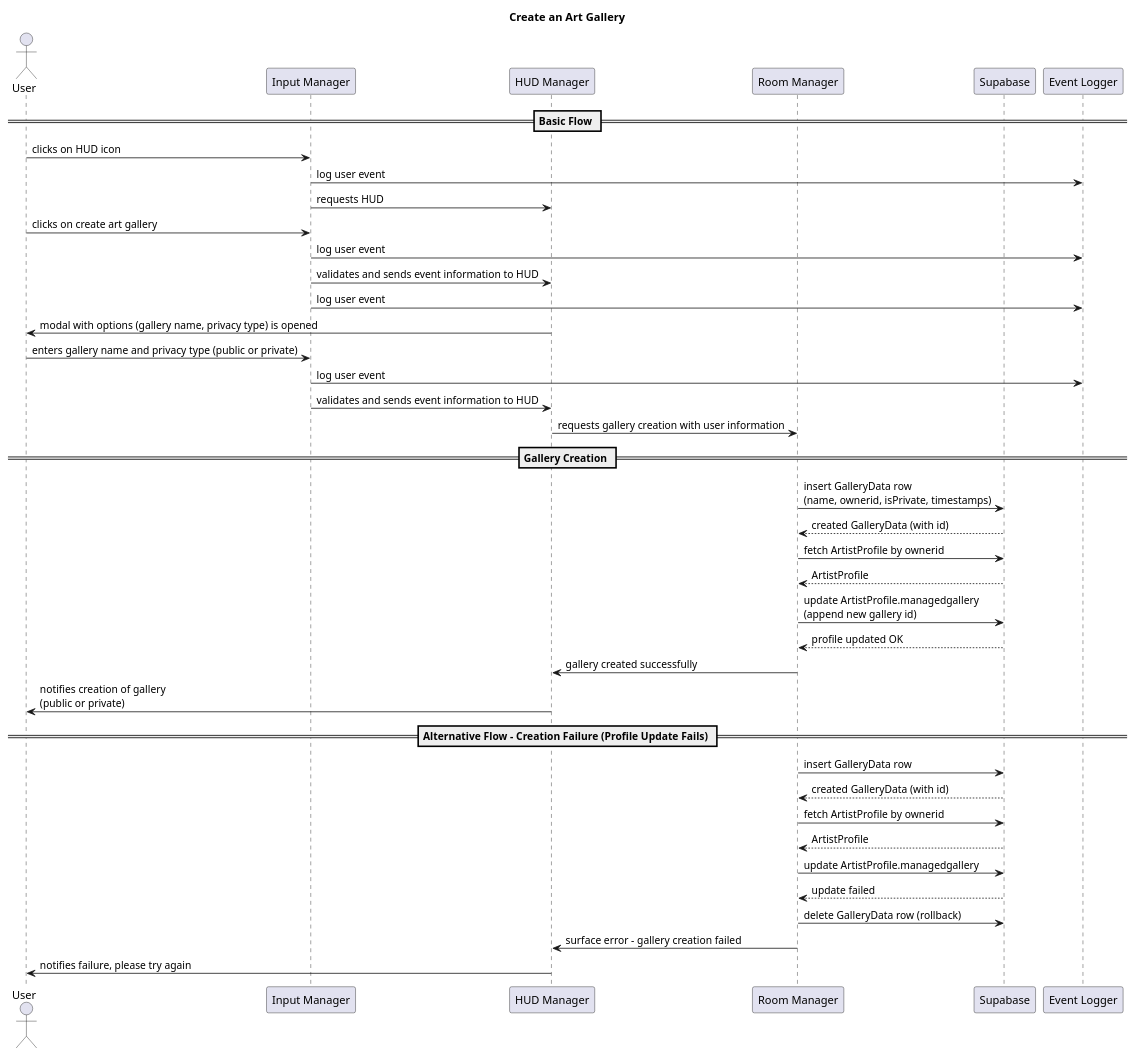
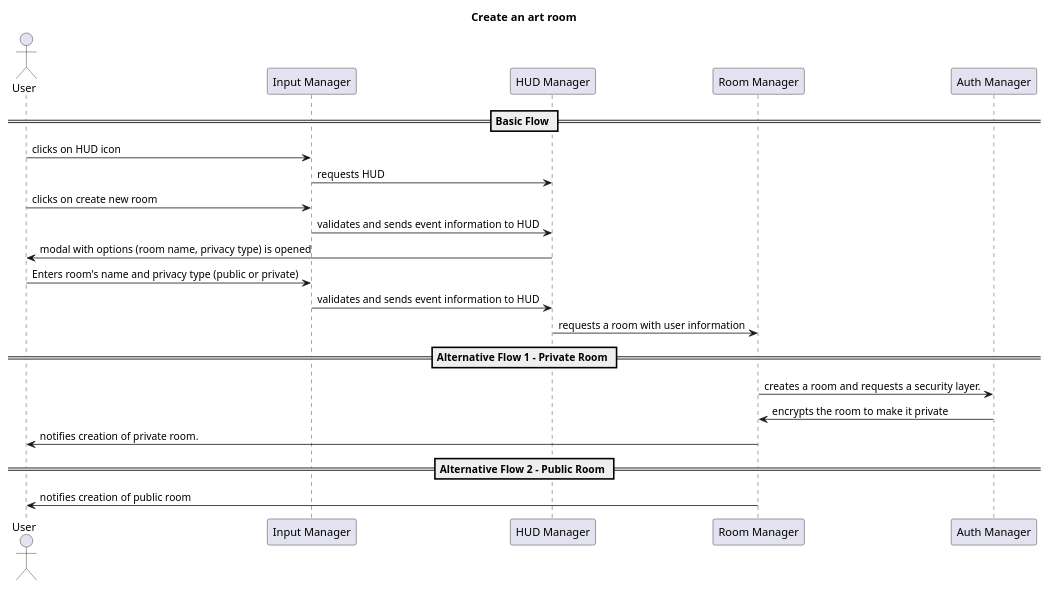
The diagram in uml/sequence diagrams/use_cases/Create_an_Art_Gallery/uml.puml (World-Domination-Plan/Project_X), drawn with PlantUML before and after one commit. The commit also changed other lines of this file, not shown here.

Commit message:
Update UML sequence diagram for art room creation

```diff
--- a/uml/sequence diagrams/use_cases/Create_an_Art_Gallery/uml.puml
+++ b/uml/sequence diagrams/use_cases/Create_an_Art_Gallery/uml.puml
@@ -1,49 +2,37 @@
 @startuml
 actor User
 participant "Input Manager" as Input
 participant "HUD Manager" as HUD
 participant "Room Manager" as Room
-participant "Supabase" as DB
-participant "Event Logger" as Logger
+participant "Auth Manager" as SM
+/'participant "Event Logger" as Logger'/
 
-title Create an Art Gallery
+title Create an art room
 
 == Basic Flow ==
 
 User -> Input: clicks on HUD icon
-Input -> Logger: log user event
+/'Input -> Logger: log user event'/
 Input -> HUD: requests HUD
-User -> Input: clicks on create art gallery
-Input -> Logger: log user event
+User -> Input: clicks on create new room
+/'Input -> Logger: log user event'/
+Input -> HUD: validates and sends event information to HUD 
+/'Input -> Logger: log user event'/
+HUD -> User: modal with options (room name, privacy type) is opened
+User -> Input: Enters room's name and privacy type (public or private)
+/'Input -> Logger: log user event'/
 Input -> HUD: validates and sends event information to HUD
-Input -> Logger: log user event
-HUD -> User: modal with options (gallery name, privacy type) is opened
-User -> Input: enters gallery name and privacy type (public or private)
-Input -> Logger: log user event
-Input -> HUD: validates and sends event information to HUD
-HUD -> Room: requests gallery creation with user information
+HUD -> Room: requests a room with user information
+ 
+== Alternative Flow 1 – Private Room ==
 
-== Gallery Creation ==
+Room -> SM: creates a room and requests a security layer.
+SM -> Room: encrypts the room to make it private
+Room -> User: notifies creation of private room.
 
-Room -> DB: insert GalleryData row\n(name, ownerid, isPrivate, timestamps)
-DB --> Room: created GalleryData (with id)
-Room -> DB: fetch ArtistProfile by ownerid
-DB --> Room: ArtistProfile
-Room -> DB: update ArtistProfile.managedgallery\n(append new gallery id)
-DB --> Room: profile updated OK
-Room -> HUD: gallery created successfully
-HUD -> User: notifies creation of gallery\n(public or private)
 
-== Alternative Flow – Creation Failure (Profile Update Fails) ==
+== Alternative Flow 2 – Public Room ==
 
-Room -> DB: insert GalleryData row
-DB --> Room: created GalleryData (with id)
-Room -> DB: fetch ArtistProfile by ownerid
-DB --> Room: ArtistProfile
-Room -> DB: update ArtistProfile.managedgallery
-DB --> Room: update failed
-Room -> DB: delete GalleryData row (rollback)
-Room -> HUD: surface error – gallery creation failed
-HUD -> User: notifies failure, please try again
+Room -> User: notifies creation of public room
 
 @enduml
```
